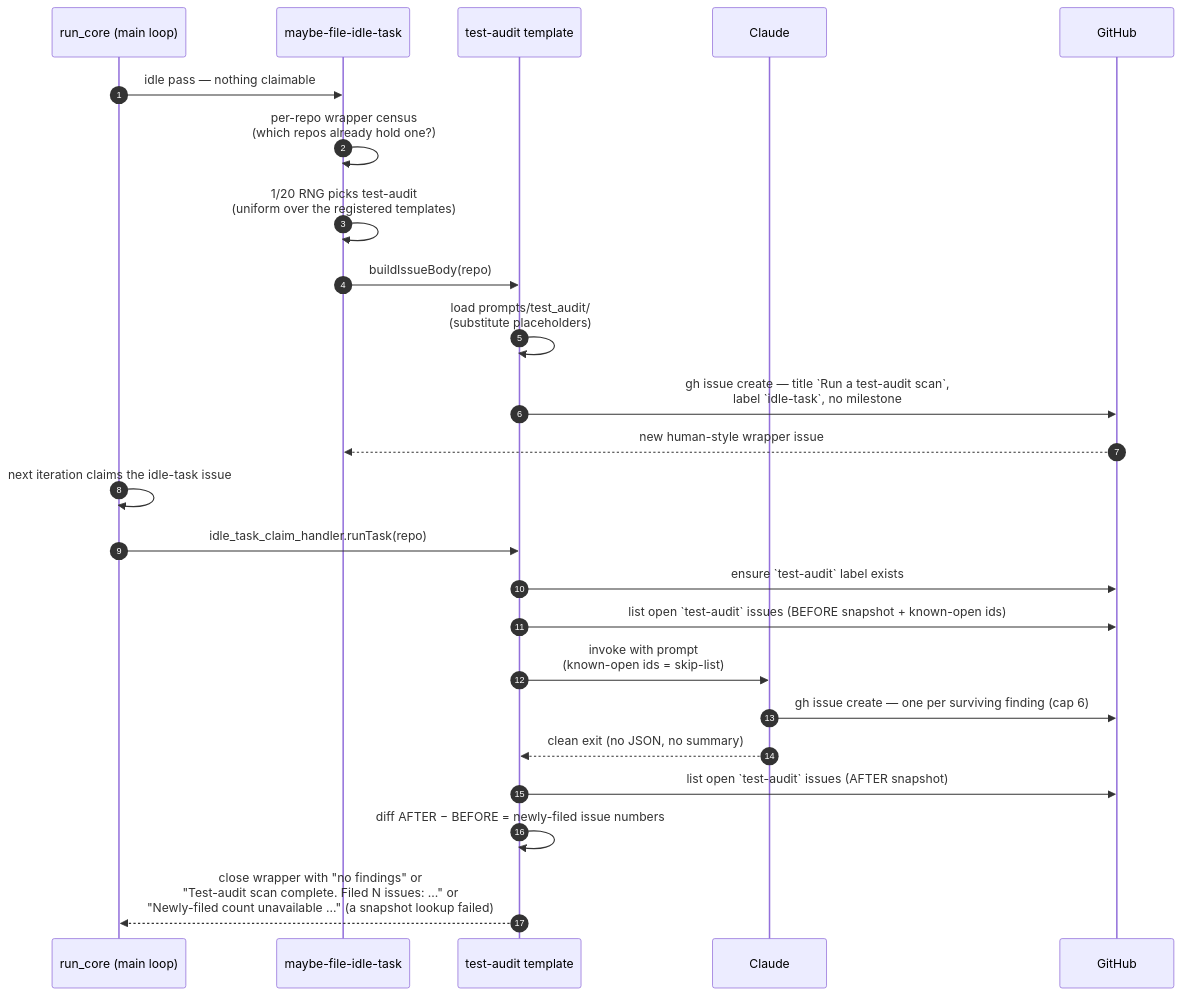
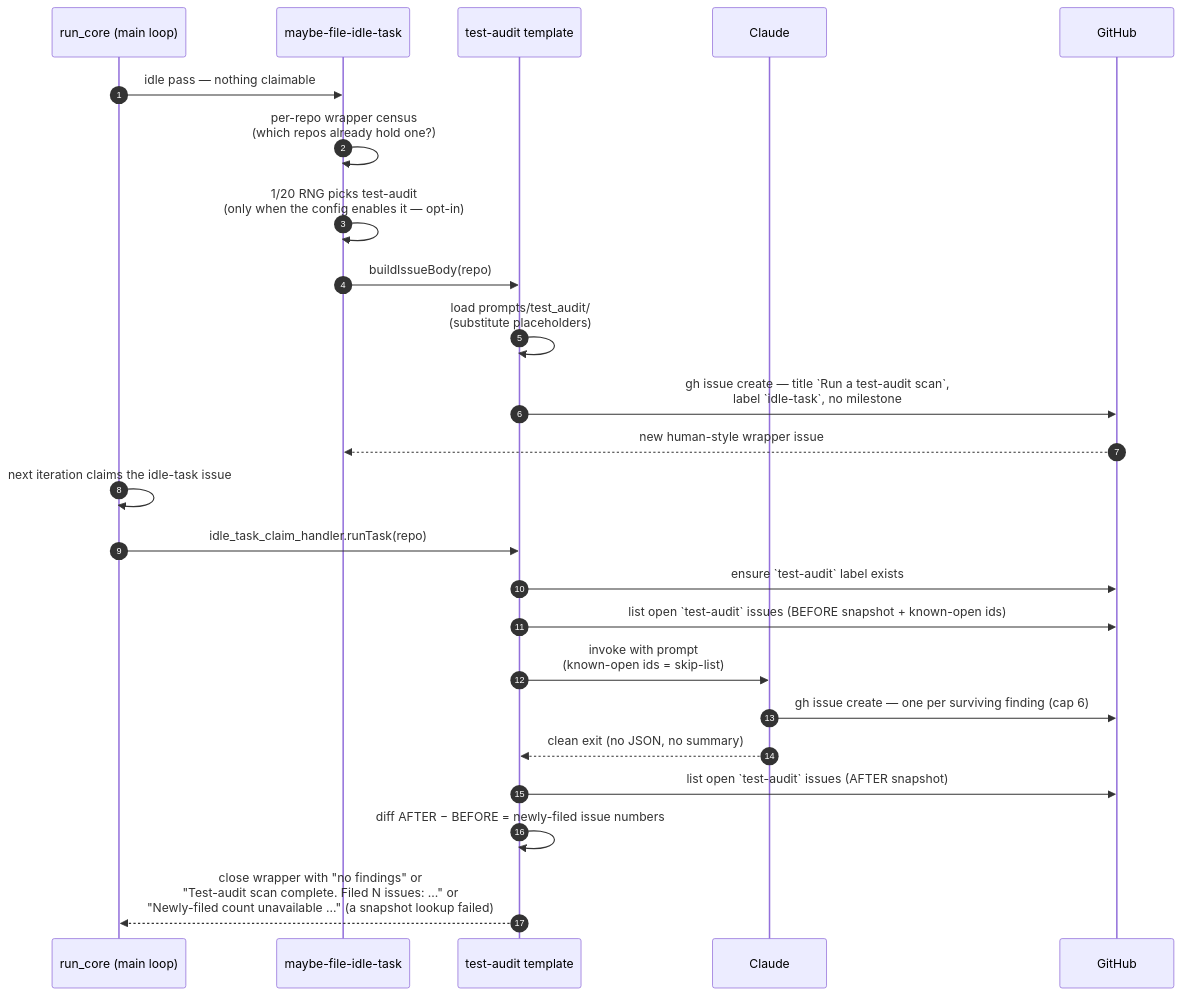
The first of 2 diagrams in docs/TEST-AUDIT-SCAN.md (stSoftwareAU/VibeCoder), drawn with Mermaid before and after one commit. The commit also changed other lines of this file and 13 other files, not shown here.

````diff
--- a/docs/TEST-AUDIT-SCAN.md
+++ b/docs/TEST-AUDIT-SCAN.md
@@ -200,27 +222,27 @@
 ```mermaid
 sequenceDiagram
     autonumber
     participant Main as run_core (main loop)
     participant Filer as maybe-file-idle-task
     participant Template as test-audit template
     participant Claude
     participant GH as GitHub
 
     Main->>Filer: idle pass — nothing claimable
     Filer->>Filer: per-repo wrapper census<br/>(which repos already hold one?)
-    Filer->>Filer: 1/20 RNG picks test-audit<br/>(uniform over the registered templates)
+    Filer->>Filer: 1/20 RNG picks test-audit<br/>(only when the config enables it — opt-in)
     Filer->>Template: buildIssueBody(repo)
     Template->>Template: load prompts/test_audit/<br/>(substitute placeholders)
     Template->>GH: gh issue create — title `Run a test-audit scan`,<br/>label `idle-task`, no milestone
     GH-->>Filer: new human-style wrapper issue
     Main->>Main: next iteration claims the idle-task issue
     Main->>Template: idle_task_claim_handler.runTask(repo)
     Template->>GH: ensure `test-audit` label exists
     Template->>GH: list open `test-audit` issues (BEFORE snapshot + known-open ids)
     Template->>Claude: invoke with prompt<br/>(known-open ids = skip-list)
     Claude->>GH: gh issue create — one per surviving finding (cap 6)
     Claude-->>Template: clean exit (no JSON, no summary)
     Template->>GH: list open `test-audit` issues (AFTER snapshot)
     Template->>Template: diff AFTER − BEFORE = newly-filed issue numbers
     Template-->>Main: close wrapper with "no findings" or<br/>"Test-audit scan complete. Filed N issues: …" or<br/>"Newly-filed count unavailable …" (a snapshot lookup failed)
 ```
````
